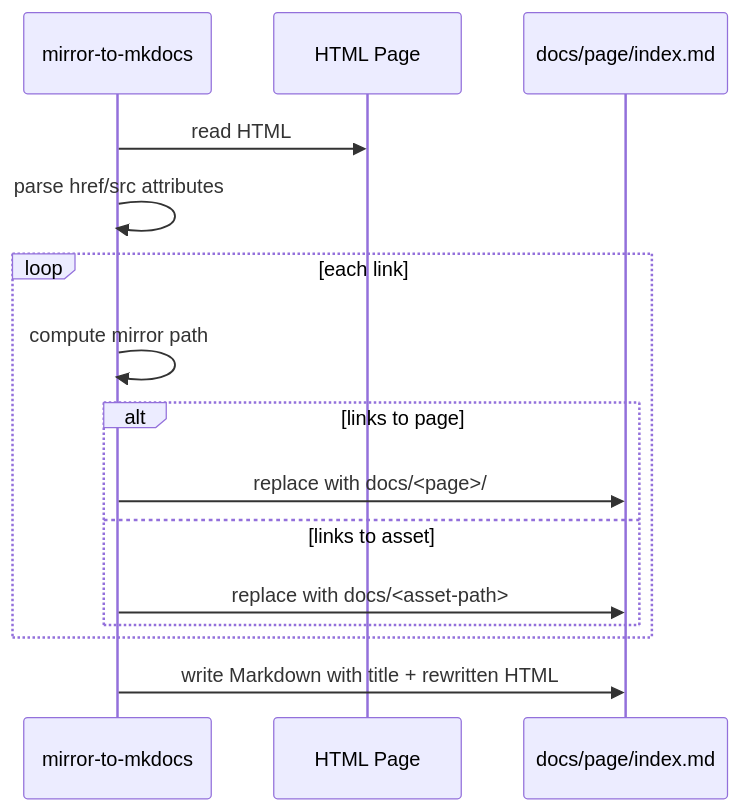
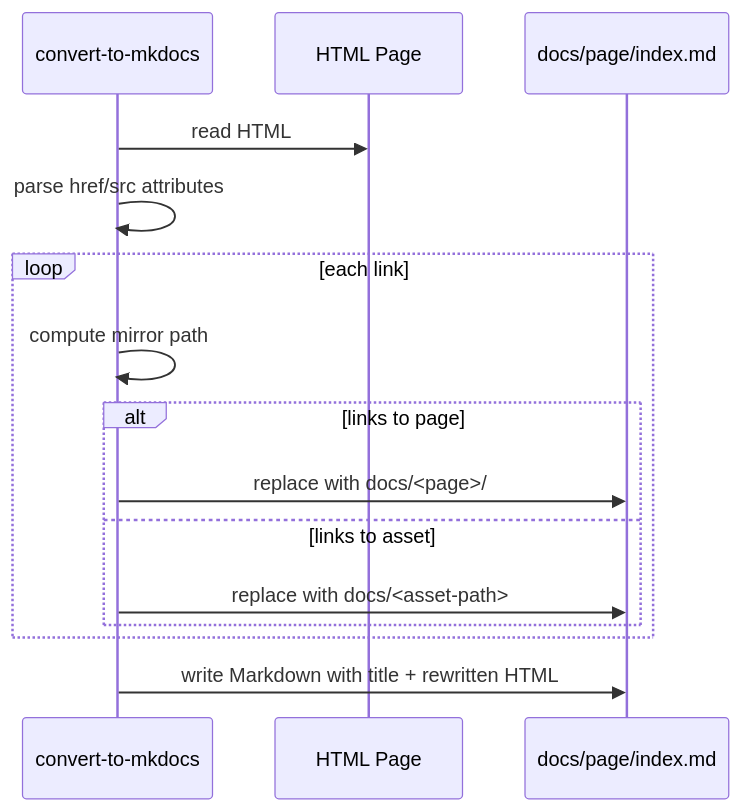
Before and after one commit to egkristi/scripts: the second of 2 diagrams in CONVERT.md, drawn with Mermaid. The commit also changed other lines of this file and 7 other files, not shown here.

First line of the commit message:
Rename mirror-to-mkdocs to convert-to-mkdocs and update all references

````diff
--- a/CONVERT.md
+++ b/CONVERT.md
@@ -113,18 +113,18 @@
 ```mermaid
 sequenceDiagram
-    participant Conv as mirror-to-mkdocs
+    participant Conv as convert-to-mkdocs
     participant Page as HTML Page
     participant Docs as docs/page/index.md
 
     Conv->>Page: read HTML
     Conv->>Conv: parse href/src attributes
     loop each link
         Conv->>Conv: compute mirror path
         alt links to page
             Conv->>Docs: replace with docs/<page>/
         else links to asset
             Conv->>Docs: replace with docs/<asset-path>
         end
     end
     Conv->>Docs: write Markdown with title + rewritten HTML
 ```
````
